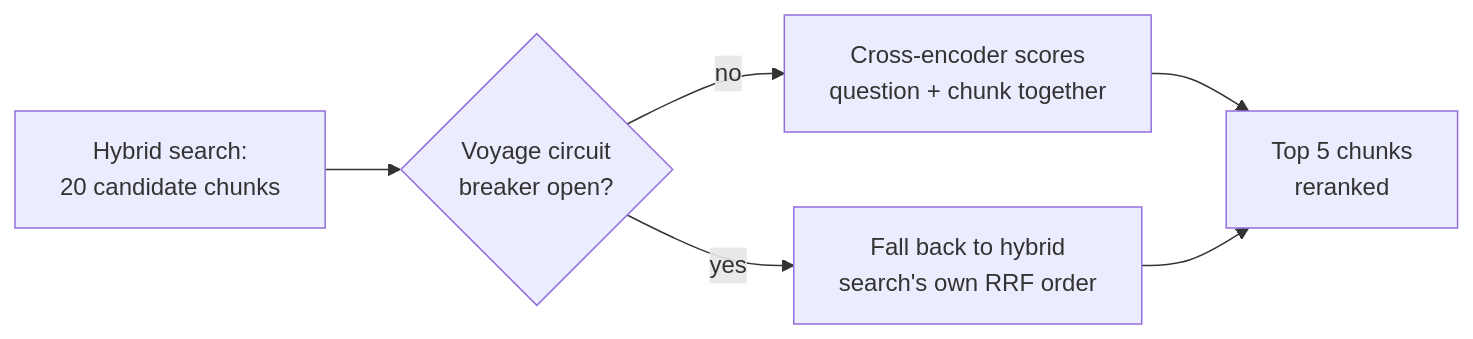
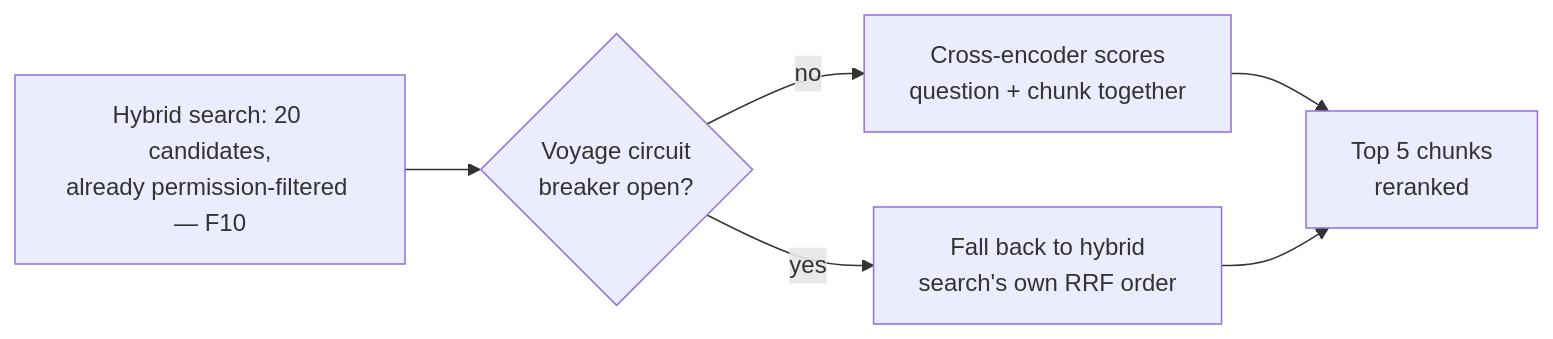
One commit to NavdeepTU/genai_projects changed the sixth of 12 diagrams in knowledge-brain/docs/INTERVIEW_PREP.md. Above: the diagram before and after it, drawn with Mermaid. The commit also changed other lines of this file and 2 other files, not shown here.

````diff
--- a/knowledge-brain/docs/INTERVIEW_PREP.md
+++ b/knowledge-brain/docs/INTERVIEW_PREP.md
@@ -413,8 +422,8 @@
 ```mermaid
 flowchart LR
-    HYBRID[Hybrid search:<br/>20 candidate chunks] --> BREAKER{Voyage circuit<br/>breaker open?}
+    HYBRID["Hybrid search: 20 candidates,<br/>already permission-filtered — F10"] --> BREAKER{Voyage circuit<br/>breaker open?}
     BREAKER -->|no| SCORE[Cross-encoder scores<br/>question + chunk together]
     SCORE --> TOP5[Top 5 chunks<br/>reranked]
     BREAKER -->|yes| FALLBACK[Fall back to hybrid<br/>search's own RRF order]
     FALLBACK --> TOP5
 ```
````
